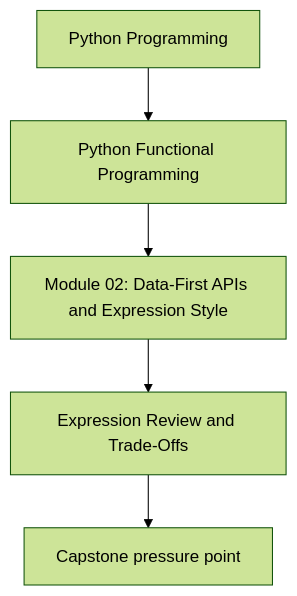
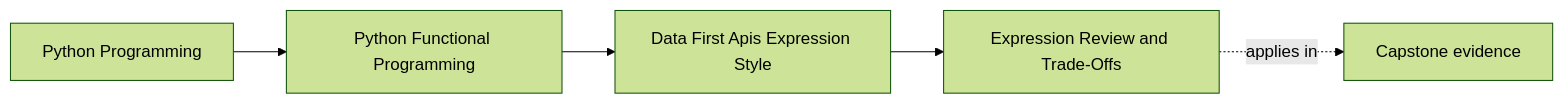
One commit to bijux/bijux-masterclass changed the first of 2 diagrams in programs/python-programming/python-functional-programming/course-book/module-02-data-first-apis-expression-style/expression-review-and-tradeoffs.md. Above: the diagram before and after it, drawn with Mermaid (forest theme). The commit also changed other lines of this file and 73 other files, not shown here.

Commit message:
docs(python-functional-programming): map orientation through streaming foundations

````diff
--- a/programs/python-programming/python-functional-programming/course-book/module-02-data-first-apis-expression-style/expression-review-and-tradeoffs.md
+++ b/programs/python-programming/python-functional-programming/course-book/module-02-data-first-apis-expression-style/expression-review-and-tradeoffs.md
@@ -7,7 +7,11 @@
 ```mermaid
-flowchart TD
-  family["Python Programming"] --> program["Python Functional Programming"]
-  program --> module["Module 02: Data-First APIs and Expression Style"]
-  module --> concept["Expression Review and Trade-Offs"]
-  concept --> capstone["Capstone pressure point"]
+graph LR
+  family["Python Programming"]
+  program["Python Functional Programming"]
+  section["Data First Apis Expression Style"]
+  page["Expression Review and Trade-Offs"]
+  capstone["Capstone evidence"]
+
+  family --> program --> section --> page
+  page -.applies in.-> capstone
 ```
````
